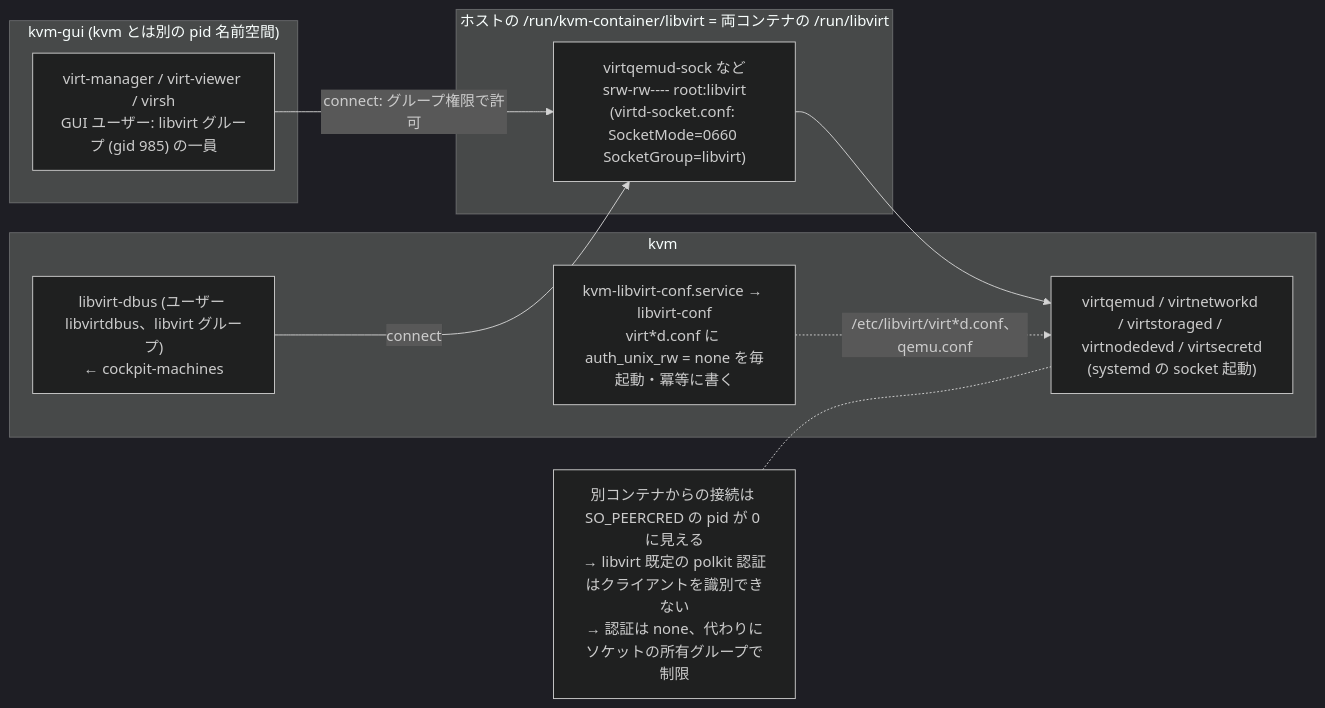
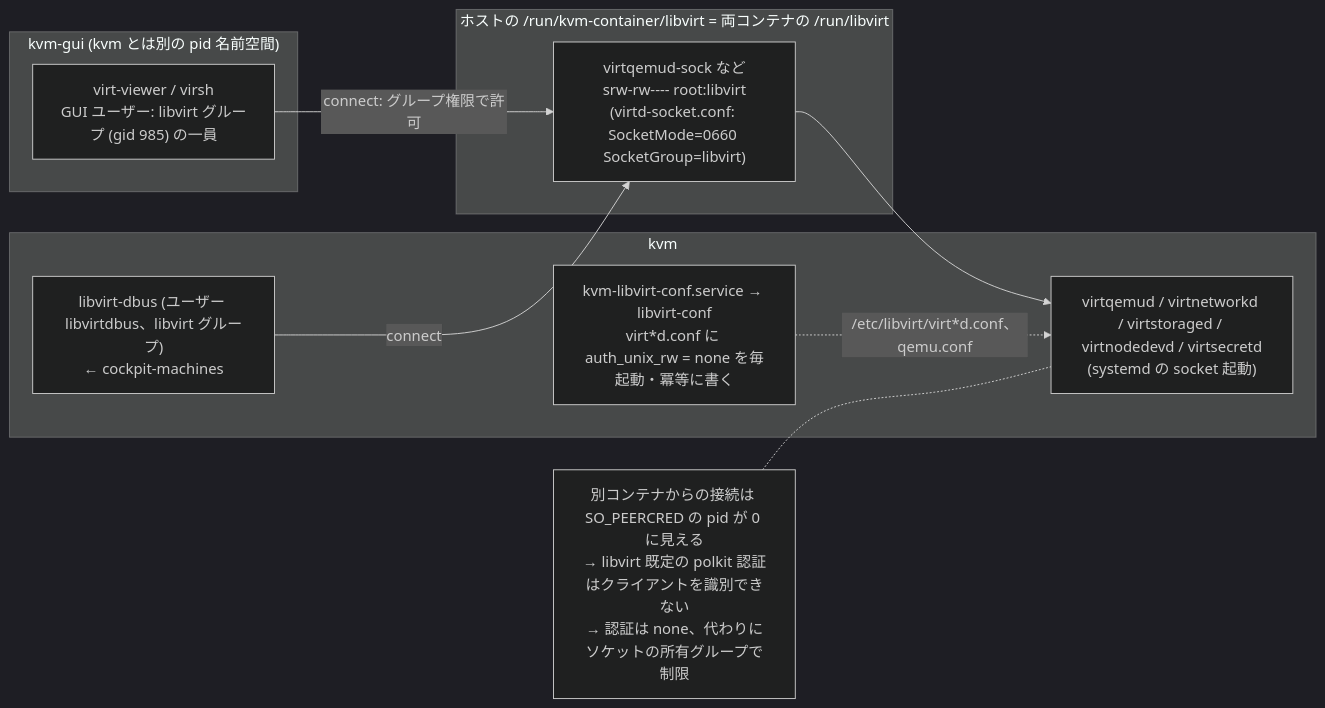
Before and after one commit to ryo-aoki-pc/kvm-container: the seventh of 22 diagrams in docs/SPEC.md, drawn with Mermaid (dark theme). The commit also changed other lines of this file and 6 other files, not shown here.

First line of the commit message:
virt-manager を削除する (#24)

````diff
--- a/docs/SPEC.md
+++ b/docs/SPEC.md
@@ -386,20 +384,20 @@
 ```mermaid
 flowchart LR
   subgraph gui ["kvm-gui (kvm とは別の pid 名前空間)"]
-    app["virt-manager / virt-viewer / virsh<br/>GUI ユーザー: libvirt グループ (gid 985) の一員"]
+    app["virt-viewer / virsh<br/>GUI ユーザー: libvirt グループ (gid 985) の一員"]
   end
   subgraph shared ["ホストの /run/kvm-container/libvirt = 両コンテナの /run/libvirt"]
     sock["virtqemud-sock など<br/>srw-rw---- root:libvirt<br/>(virtd-socket.conf: SocketMode=0660 SocketGroup=libvirt)"]
   end
   subgraph kvm ["kvm"]
     daemon["virtqemud / virtnetworkd / virtstoraged / virtnodedevd / virtsecretd<br/>(systemd の socket 起動)"]
     conf["kvm-libvirt-conf.service → libvirt-conf<br/>virt*d.conf に auth_unix_rw = none を毎起動・冪等に書く"]
     dbus["libvirt-dbus (ユーザー libvirtdbus、libvirt グループ)<br/>← cockpit-machines"]
   end
   app -->|"connect: グループ権限で許可"| sock
   dbus -->|"connect"| sock
   sock --> daemon
   conf -.->|"/etc/libvirt/virt*d.conf、qemu.conf"| daemon
   why["別コンテナからの接続は SO_PEERCRED の pid が 0 に見える<br/>→ libvirt 既定の polkit 認証はクライアントを識別できない<br/>→ 認証は none、代わりにソケットの所有グループで制限"]
   why -.- daemon
 ```
````
